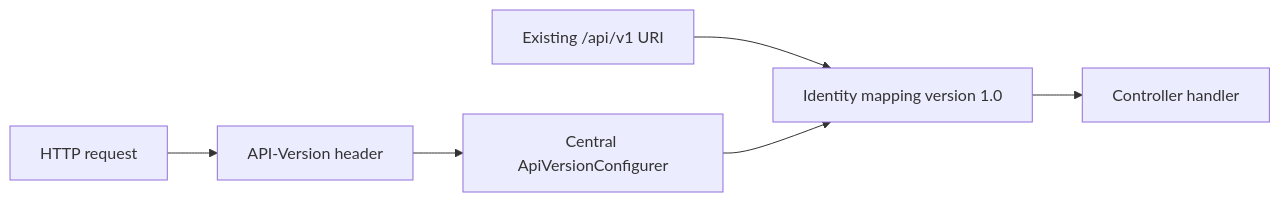
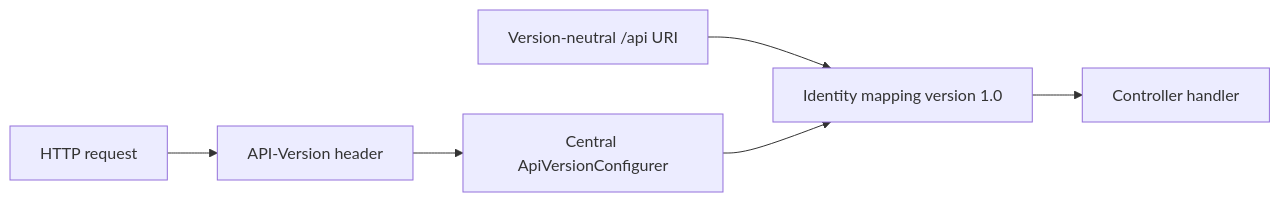
The diagram in docs/superpowers/reviews/2026-08-02-spring-mvc-endpoint-versioning-verification.md (migangdelzar/emme-service), drawn with Mermaid before and after one commit. The commit also changed other lines of this file and 10 other files, not shown here.

Commit message:
refactor(web): make api header the sole version source

````diff
--- a/docs/superpowers/reviews/2026-08-02-spring-mvc-endpoint-versioning-verification.md
+++ b/docs/superpowers/reviews/2026-08-02-spring-mvc-endpoint-versioning-verification.md
@@ -20,14 +23,14 @@
 ```mermaid
 flowchart LR
     request[HTTP request]
     header[API-Version header]
     strategy[Central ApiVersionConfigurer]
     mapping[Identity mapping version 1.0]
-    uri[Existing /api/v1 URI]
+    uri[Version-neutral /api URI]
 
     request --> header
     header --> strategy
     uri --> mapping
     strategy --> mapping
     mapping --> handler[Controller handler]
 ```
````
